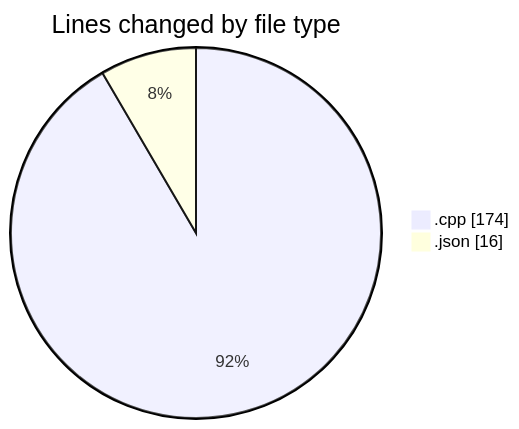
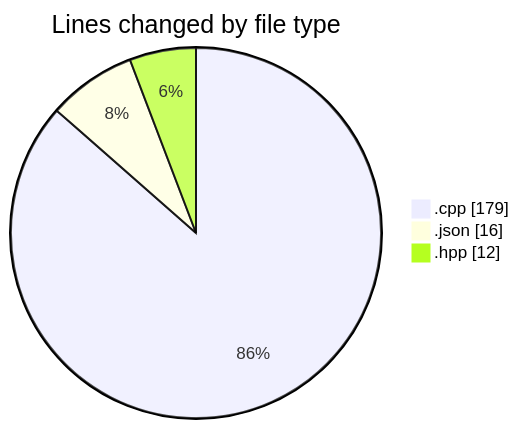
One commit to Netris89/code-tracking changed the first of 2 diagrams in 2025-04-28/date/README.md. Above: the diagram before and after it, drawn with Mermaid. The commit also changed other lines of this file and 1 other file, not shown here.

````diff
--- a/2025-04-28/date/README.md
+++ b/2025-04-28/date/README.md
@@ -21,6 +22,7 @@
 ```mermaid
 pie showData
 title Lines changed by file type
-".cpp" : 174
+".cpp" : 179
 ".json" : 16
+".hpp" : 12
 ```
````
